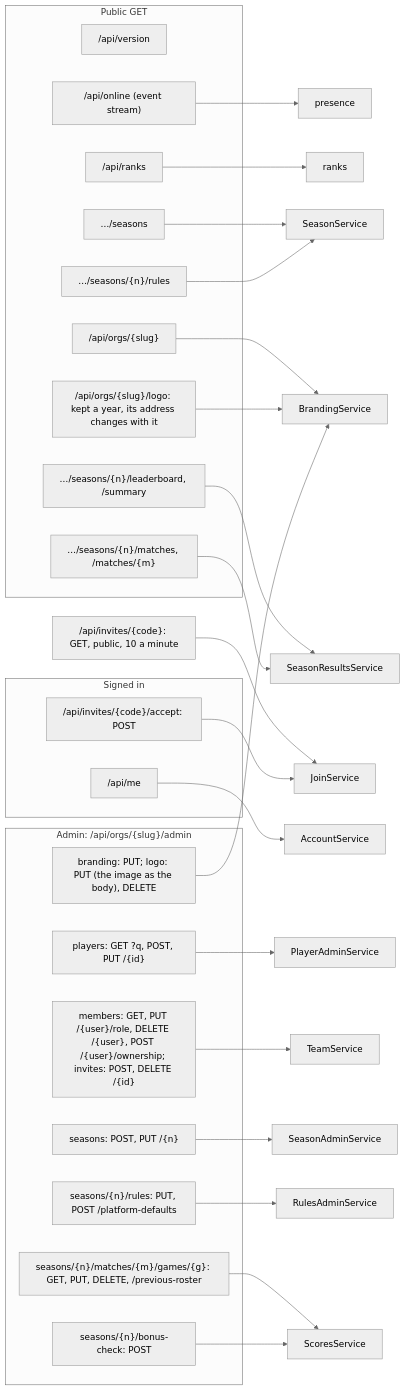
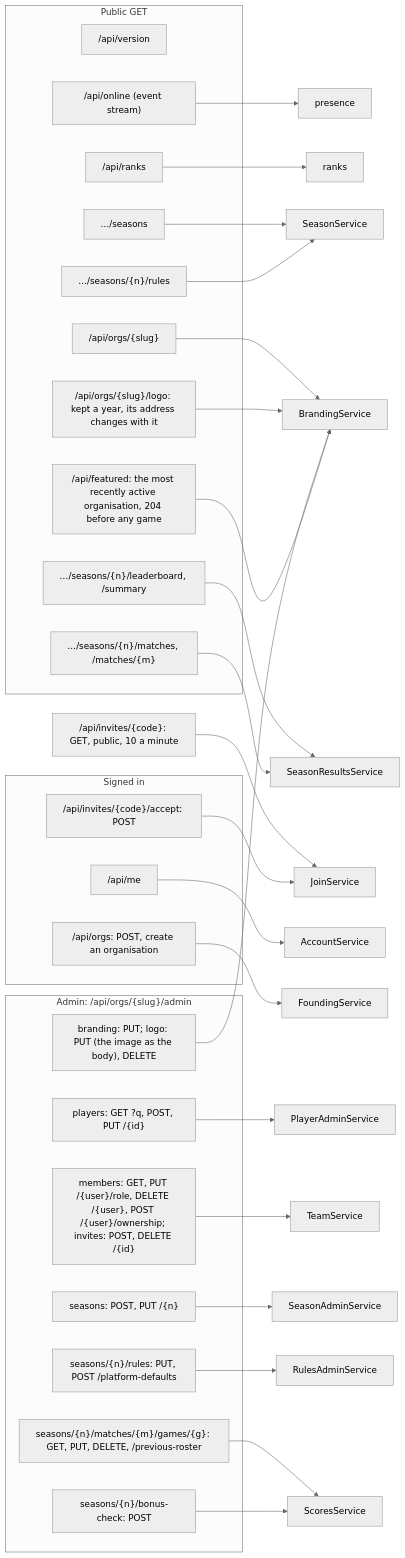
The fourth of 7 diagrams in docs/context-graph.md (irmahs-labs/tournament-leaderboard), drawn with Mermaid (neutral theme) before and after one commit. The commit also changed other lines of this file and 20 other files, not shown here.

````diff
--- a/docs/context-graph.md
+++ b/docs/context-graph.md
@@ -88,40 +92,44 @@
 ```mermaid
 flowchart LR
     subgraph public[Public GET]
         v["/api/version"]
         on["/api/online (event stream)"]
         r["/api/ranks"]
+        fe["/api/featured: the most recently active organisation, 204 before any game"]
         o["/api/orgs/{slug}"]
         lo["/api/orgs/{slug}/logo: kept a year, its address changes with it"]
         sl["…/seasons"]
         sr["…/seasons/{n}/rules"]
         lb["…/seasons/{n}/leaderboard, /summary"]
         ml["…/seasons/{n}/matches, /matches/{m}"]
     end
     subgraph signedin[Signed in]
         me["/api/me"]
         acc["/api/invites/{code}/accept: POST"]
+        fo["/api/orgs: POST, create an organisation"]
     end
     jv["/api/invites/{code}: GET, public, 10 a minute"]
     subgraph admin["Admin: /api/orgs/{slug}/admin"]
         ap["players: GET ?q, POST, PUT /{id}"]
         br["branding: PUT; logo: PUT (the image as the body), DELETE"]
         tm["members: GET, PUT /{user}/role, DELETE /{user}, POST /{user}/ownership; invites: POST, DELETE /{id}"]
         as["seasons: POST, PUT /{n}"]
         ru["seasons/{n}/rules: PUT, POST /platform-defaults"]
         sc["seasons/{n}/matches/{m}/games/{g}: GET, PUT, DELETE, /previous-roster"]
         bc["seasons/{n}/bonus-check: POST"]
     end
     r --> ranks
     on --> presence
     o & lo & br --> BrandingService
     sl & sr --> SeasonService
     lb & ml --> SeasonResultsService
     me --> AccountService
+    fe --> BrandingService
+    fo --> FoundingService
     tm --> TeamService
     jv & acc --> JoinService
     ap --> PlayerAdminService
     as --> SeasonAdminService
     sc & bc --> ScoresService
     ru --> RulesAdminService
 ```
````
